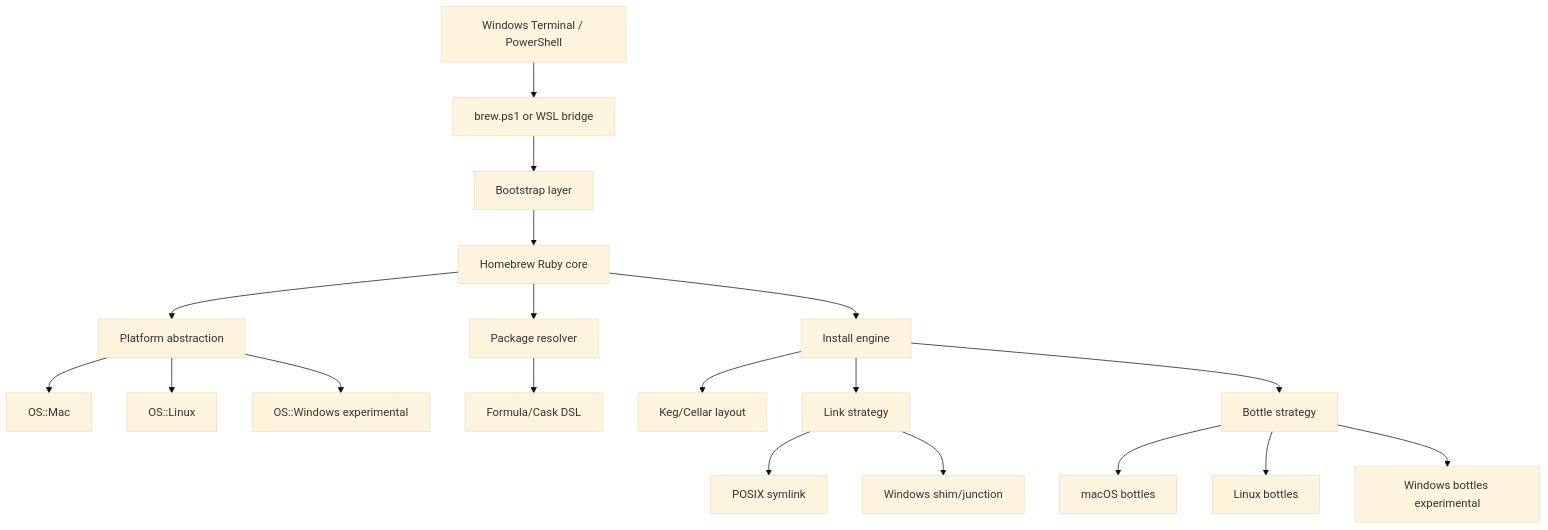
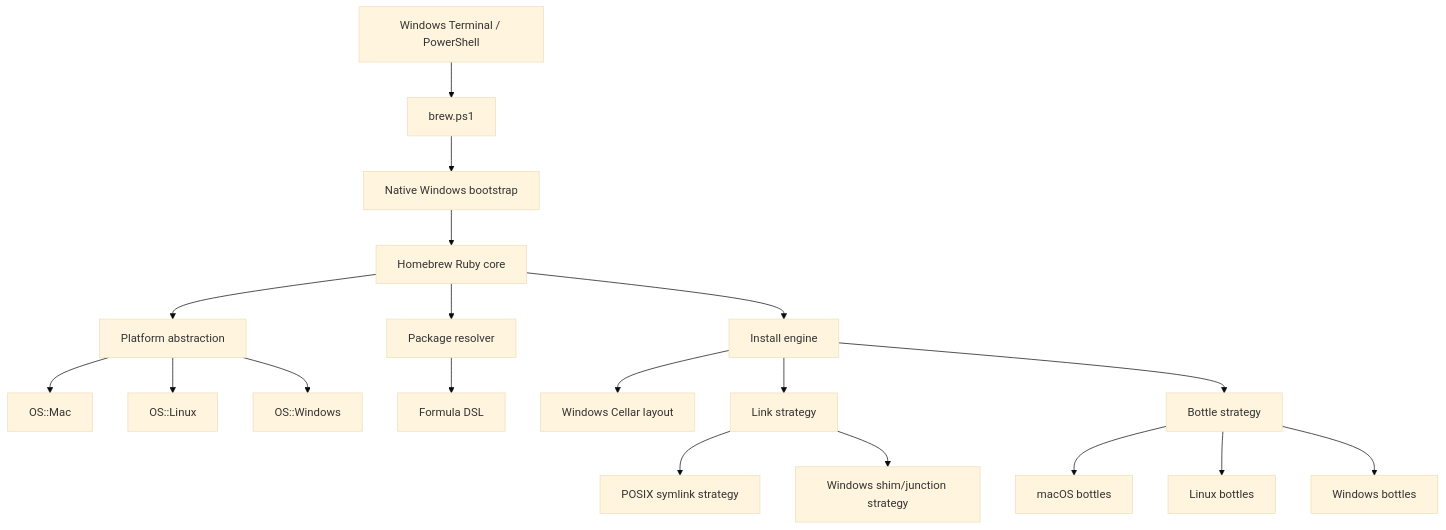
Before and after one commit to Euraika-Labs/brew-windows: the diagram in BREW_WINDOWS_UPSTREAM_ARCHITECTURE.md, drawn with Mermaid (base theme). The commit also changed other lines of this file and 5 other files, not shown here.

Commit message:
Refocus roadmap on native Windows

````diff
--- a/BREW_WINDOWS_UPSTREAM_ARCHITECTURE.md
+++ b/BREW_WINDOWS_UPSTREAM_ARCHITECTURE.md
@@ -89,21 +88,21 @@
 ```mermaid
 flowchart TD
-  A["Windows Terminal / PowerShell"] --> B["brew.ps1 or WSL bridge"]
-  B --> C["Bootstrap layer"]
+  A["Windows Terminal / PowerShell"] --> B["brew.ps1"]
+  B --> C["Native Windows bootstrap"]
   C --> D["Homebrew Ruby core"]
   D --> E["Platform abstraction"]
   E --> E1["OS::Mac"]
   E --> E2["OS::Linux"]
-  E --> E3["OS::Windows experimental"]
+  E --> E3["OS::Windows"]
   D --> F["Package resolver"]
-  F --> G["Formula/Cask DSL"]
+  F --> G["Formula DSL"]
   D --> H["Install engine"]
-  H --> I["Keg/Cellar layout"]
+  H --> I["Windows Cellar layout"]
   H --> J["Link strategy"]
-  J --> J1["POSIX symlink"]
-  J --> J2["Windows shim/junction"]
+  J --> J1["POSIX symlink strategy"]
+  J --> J2["Windows shim/junction strategy"]
   H --> K["Bottle strategy"]
   K --> K1["macOS bottles"]
   K --> K2["Linux bottles"]
-  K --> K3["Windows bottles experimental"]
+  K --> K3["Windows bottles"]
 ```
````
